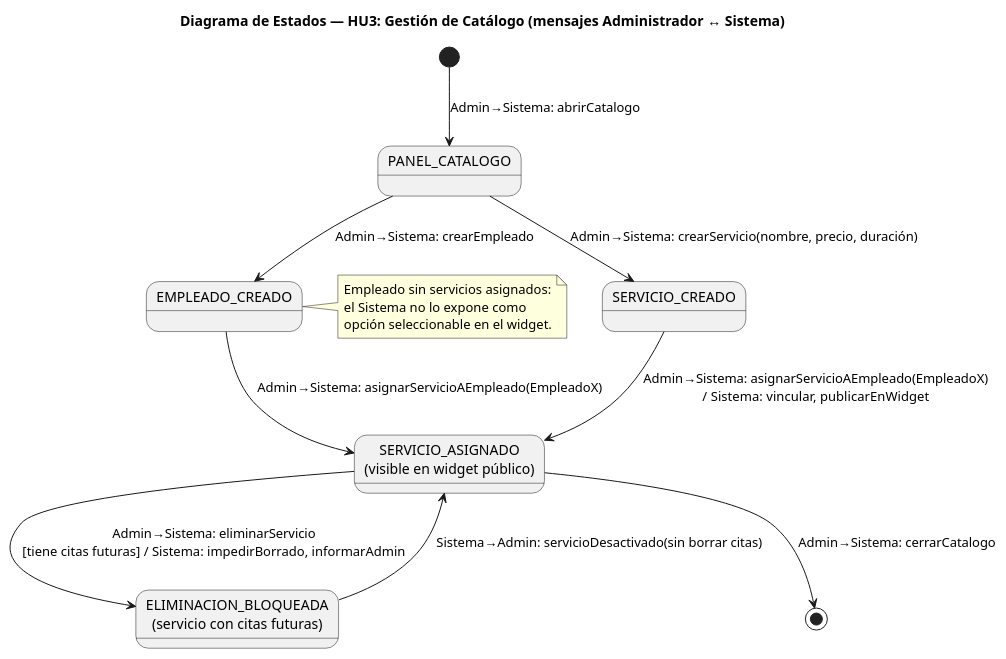
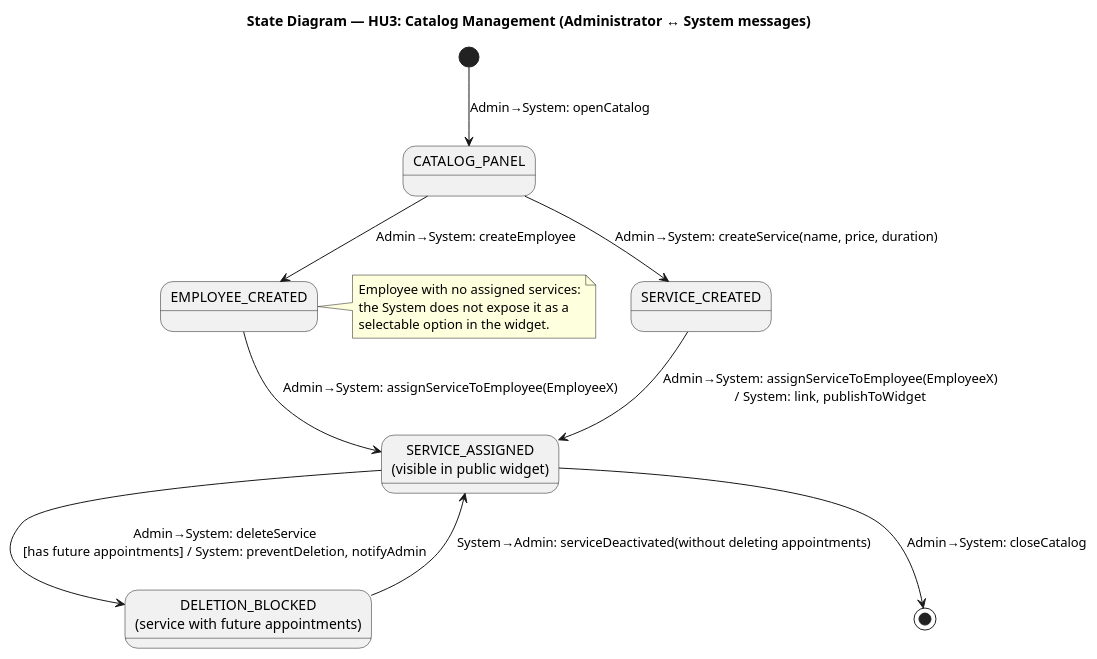
The diagram in system_architecture/user_stories_view/state-diagram_hu3.puml (jose-korvusinc/finalproject-lidr-i4devs), drawn with PlantUML before and after one commit. The commit also changed 25 other files, not shown here.

Commit message:
Translate names and add analysis class diagram

```diff
--- a/system_architecture/user_stories_view/state-diagram_hu3.puml
+++ b/system_architecture/user_stories_view/state-diagram_hu3.puml
@@ -1,31 +1,31 @@
 @startuml
-title Diagrama de Estados — HU3: Gestión de Catálogo (mensajes Administrador ↔ Sistema)
+title State Diagram — HU3: Catalog Management (Administrator ↔ System messages)
 
-' Refina el estado-contexto GESTION_CATALOGO (HU3).
-' Actores: Administrador del Negocio <-> Sistema.
+' Refines the context-state CATALOG_MANAGEMENT (HU3).
+' Actors: Business Administrator <-> System.
 
-state "PANEL_CATALOGO" as panel
-state "SERVICIO_CREADO" as servicio
-state "EMPLEADO_CREADO" as empleado
-state "SERVICIO_ASIGNADO\n(visible en widget público)" as asignado
-state "ELIMINACION_BLOQUEADA\n(servicio con citas futuras)" as bloqueado
+state "CATALOG_PANEL" as panel
+state "SERVICE_CREATED" as service
+state "EMPLOYEE_CREATED" as employee
+state "SERVICE_ASSIGNED\n(visible in public widget)" as assigned
+state "DELETION_BLOCKED\n(service with future appointments)" as blocked
 
-[*] --> panel : Admin→Sistema: abrirCatalogo
+[*] --> panel : Admin→System: openCatalog
 
-panel --> servicio : Admin→Sistema: crearServicio(nombre, precio, duración)
-panel --> empleado : Admin→Sistema: crearEmpleado
+panel --> service : Admin→System: createService(name, price, duration)
+panel --> employee : Admin→System: createEmployee
 
-servicio --> asignado : Admin→Sistema: asignarServicioAEmpleado(EmpleadoX)\n/ Sistema: vincular, publicarEnWidget
-empleado --> asignado : Admin→Sistema: asignarServicioAEmpleado(EmpleadoX)
+service --> assigned : Admin→System: assignServiceToEmployee(EmployeeX)\n/ System: link, publishToWidget
+employee --> assigned : Admin→System: assignServiceToEmployee(EmployeeX)
 
-asignado --> bloqueado : Admin→Sistema: eliminarServicio\n[tiene citas futuras] / Sistema: impedirBorrado, informarAdmin
-bloqueado --> asignado : Sistema→Admin: servicioDesactivado(sin borrar citas)
+assigned --> blocked : Admin→System: deleteService\n[has future appointments] / System: preventDeletion, notifyAdmin
+blocked --> assigned : System→Admin: serviceDeactivated(without deleting appointments)
 
-asignado --> [*] : Admin→Sistema: cerrarCatalogo
+assigned --> [*] : Admin→System: closeCatalog
 
-note right of empleado
-  Empleado sin servicios asignados:
-  el Sistema no lo expone como
-  opción seleccionable en el widget.
+note right of employee
+  Employee with no assigned services:
+  the System does not expose it as a
+  selectable option in the widget.
 end note
 @enduml
```
